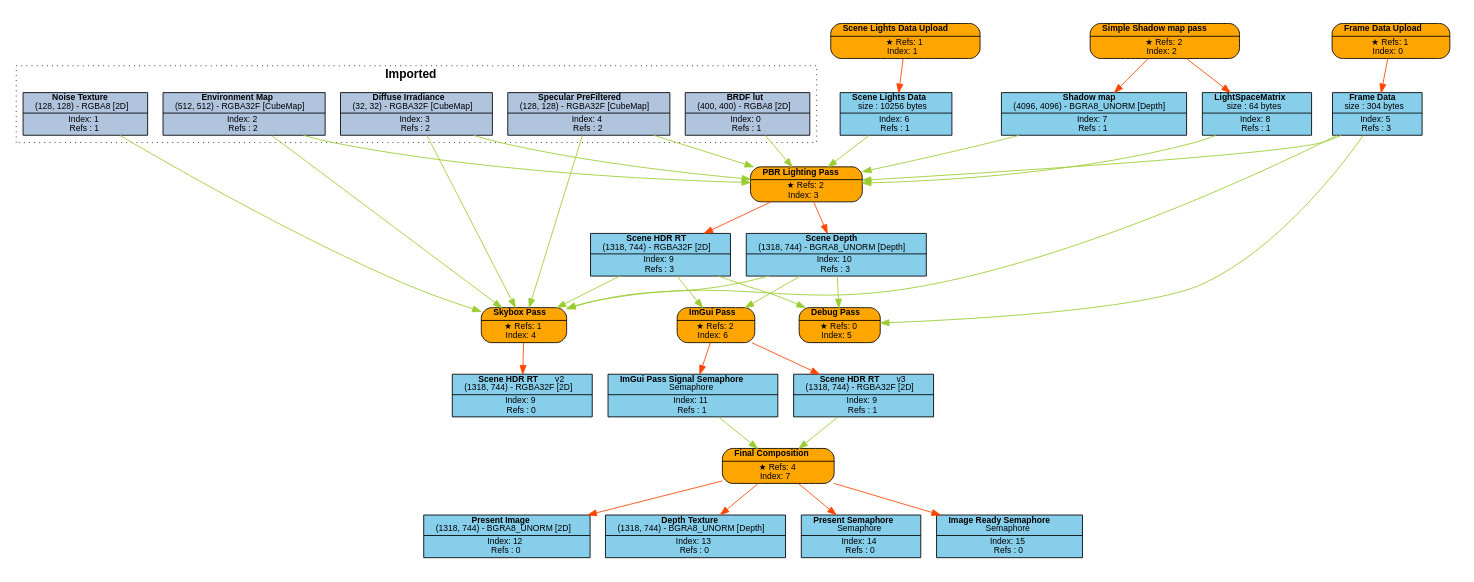
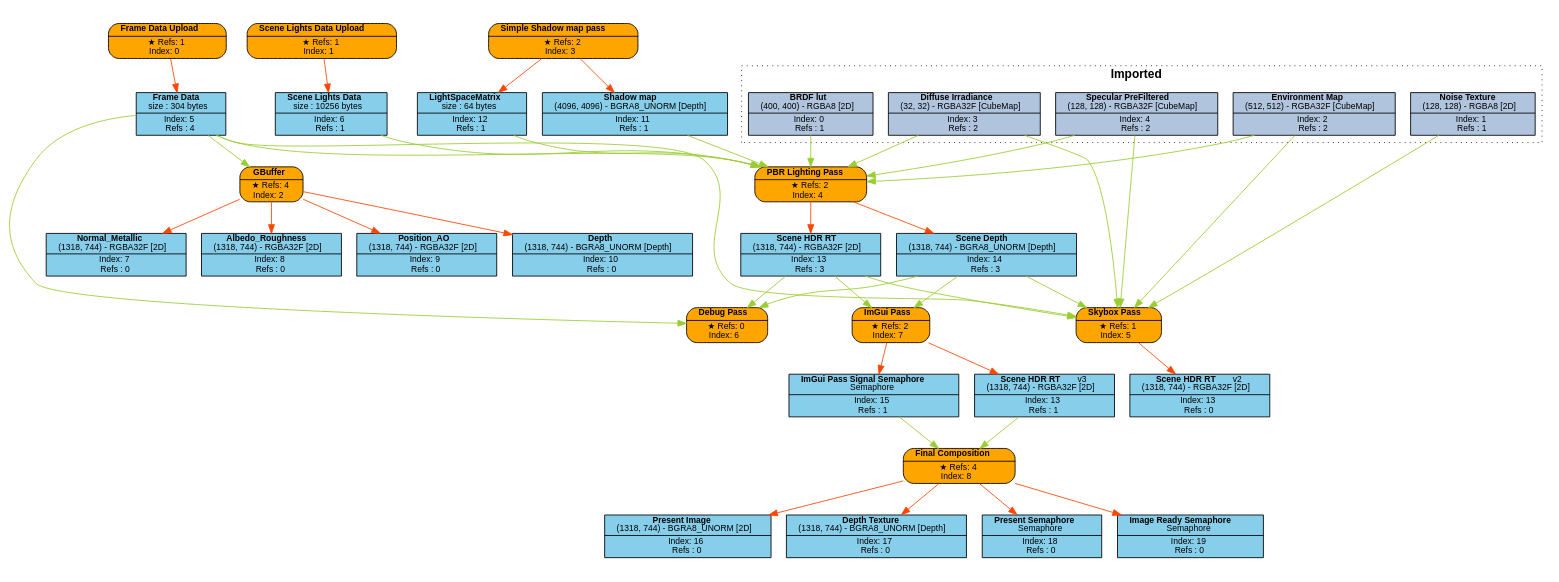
One commit to Pikachuxxxx/Razix changed the diagram in Engine/content/FrameGraphs/pbr_lighting_test.dot. Above: the diagram before and after it, drawn with Graphviz. The commit also changed 131 other files, not shown here.

```diff
--- a/Engine/content/FrameGraphs/pbr_lighting_test.dot
+++ b/Engine/content/FrameGraphs/pbr_lighting_test.dot
@@ -1,91 +1,104 @@
 digraph FrameGraph {
 graph [style=invis, rankdir="TB" ordering=out, splines=spline]
 node [shape=record, fontname="helvetica", fontsize=10, margin="0.2,0.03"]
 
 P0 [label=<{ {<B>Frame Data Upload</B>} | {&#x2605; Refs: 1<BR/> Index: 0} }> style="rounded,filled", fillcolor=orange]
 P1 [label=<{ {<B>Scene Lights Data Upload</B>} | {&#x2605; Refs: 1<BR/> Index: 1} }> style="rounded,filled", fillcolor=orange]
-P2 [label=<{ {<B>Simple Shadow map pass</B>} | {&#x2605; Refs: 2<BR/> Index: 2} }> style="rounded,filled", fillcolor=orange]
-P3 [label=<{ {<B>PBR Lighting Pass</B>} | {&#x2605; Refs: 2<BR/> Index: 3} }> style="rounded,filled", fillcolor=orange]
-P4 [label=<{ {<B>Skybox Pass</B>} | {&#x2605; Refs: 1<BR/> Index: 4} }> style="rounded,filled", fillcolor=orange]
-P5 [label=<{ {<B>Debug Pass</B>} | {&#x2605; Refs: 0<BR/> Index: 5} }> style="rounded,filled", fillcolor=orange]
-P6 [label=<{ {<B>ImGui Pass</B>} | {&#x2605; Refs: 2<BR/> Index: 6} }> style="rounded,filled", fillcolor=orange]
-P7 [label=<{ {<B>Final Composition</B>} | {&#x2605; Refs: 4<BR/> Index: 7} }> style="rounded,filled", fillcolor=orange]
+P2 [label=<{ {<B>GBuffer</B>} | {&#x2605; Refs: 4<BR/> Index: 2} }> style="rounded,filled", fillcolor=orange]
+P3 [label=<{ {<B>Simple Shadow map pass</B>} | {&#x2605; Refs: 2<BR/> Index: 3} }> style="rounded,filled", fillcolor=orange]
+P4 [label=<{ {<B>PBR Lighting Pass</B>} | {&#x2605; Refs: 2<BR/> Index: 4} }> style="rounded,filled", fillcolor=orange]
+P5 [label=<{ {<B>Skybox Pass</B>} | {&#x2605; Refs: 1<BR/> Index: 5} }> style="rounded,filled", fillcolor=orange]
+P6 [label=<{ {<B>Debug Pass</B>} | {&#x2605; Refs: 0<BR/> Index: 6} }> style="rounded,filled", fillcolor=orange]
+P7 [label=<{ {<B>ImGui Pass</B>} | {&#x2605; Refs: 2<BR/> Index: 7} }> style="rounded,filled", fillcolor=orange]
+P8 [label=<{ {<B>Final Composition</B>} | {&#x2605; Refs: 4<BR/> Index: 8} }> style="rounded,filled", fillcolor=orange]
 
 R0_1 [label=<{ {<B>BRDF lut</B><BR/>(400, 400) - RGBA8 [2D]} | {Index: 0<BR/>Refs : 1} }> style=filled, fillcolor=lightsteelblue]
 R1_1 [label=<{ {<B>Noise Texture</B><BR/>(128, 128) - RGBA8 [2D]} | {Index: 1<BR/>Refs : 1} }> style=filled, fillcolor=lightsteelblue]
 R2_1 [label=<{ {<B>Environment Map</B><BR/>(512, 512) - RGBA32F [CubeMap]} | {Index: 2<BR/>Refs : 2} }> style=filled, fillcolor=lightsteelblue]
 R3_1 [label=<{ {<B>Diffuse Irradiance</B><BR/>(32, 32) - RGBA32F [CubeMap]} | {Index: 3<BR/>Refs : 2} }> style=filled, fillcolor=lightsteelblue]
 R4_1 [label=<{ {<B>Specular PreFiltered</B><BR/>(128, 128) - RGBA32F [CubeMap]} | {Index: 4<BR/>Refs : 2} }> style=filled, fillcolor=lightsteelblue]
-R5_1 [label=<{ {<B>Frame Data</B><BR/>size : 304 bytes} | {Index: 5<BR/>Refs : 3} }> style=filled, fillcolor=skyblue]
+R5_1 [label=<{ {<B>Frame Data</B><BR/>size : 304 bytes} | {Index: 5<BR/>Refs : 4} }> style=filled, fillcolor=skyblue]
 R6_1 [label=<{ {<B>Scene Lights Data</B><BR/>size : 10256 bytes} | {Index: 6<BR/>Refs : 1} }> style=filled, fillcolor=skyblue]
-R7_1 [label=<{ {<B>Shadow map</B><BR/>(4096, 4096) - BGRA8_UNORM [Depth]} | {Index: 7<BR/>Refs : 1} }> style=filled, fillcolor=skyblue]
-R8_1 [label=<{ {<B>LightSpaceMatrix</B><BR/>size : 64 bytes} | {Index: 8<BR/>Refs : 1} }> style=filled, fillcolor=skyblue]
-R9_1 [label=<{ {<B>Scene HDR RT</B><BR/>(1318, 744) - RGBA32F [2D]} | {Index: 9<BR/>Refs : 3} }> style=filled, fillcolor=skyblue]
-R10_1 [label=<{ {<B>Scene Depth</B><BR/>(1318, 744) - BGRA8_UNORM [Depth]} | {Index: 10<BR/>Refs : 3} }> style=filled, fillcolor=skyblue]
-R9_2 [label=<{ {<B>Scene HDR RT</B>   <FONT>v2</FONT><BR/>(1318, 744) - RGBA32F [2D]} | {Index: 9<BR/>Refs : 0} }> style=filled, fillcolor=skyblue]
-R11_1 [label=<{ {<B>ImGui Pass Signal Semaphore</B><BR/>Semaphore} | {Index: 11<BR/>Refs : 1} }> style=filled, fillcolor=skyblue]
-R9_3 [label=<{ {<B>Scene HDR RT</B>   <FONT>v3</FONT><BR/>(1318, 744) - RGBA32F [2D]} | {Index: 9<BR/>Refs : 1} }> style=filled, fillcolor=skyblue]
-R12_1 [label=<{ {<B>Present Image</B><BR/>(1318, 744) - BGRA8_UNORM [2D]} | {Index: 12<BR/>Refs : 0} }> style=filled, fillcolor=skyblue]
-R13_1 [label=<{ {<B>Depth Texture</B><BR/>(1318, 744) - BGRA8_UNORM [Depth]} | {Index: 13<BR/>Refs : 0} }> style=filled, fillcolor=skyblue]
-R14_1 [label=<{ {<B>Present Semaphore</B><BR/>Semaphore} | {Index: 14<BR/>Refs : 0} }> style=filled, fillcolor=skyblue]
-R15_1 [label=<{ {<B>Image Ready Semaphore</B><BR/>Semaphore} | {Index: 15<BR/>Refs : 0} }> style=filled, fillcolor=skyblue]
+R7_1 [label=<{ {<B>Normal_Metallic</B><BR/>(1318, 744) - RGBA32F [2D]} | {Index: 7<BR/>Refs : 0} }> style=filled, fillcolor=skyblue]
+R8_1 [label=<{ {<B>Albedo_Roughness</B><BR/>(1318, 744) - RGBA32F [2D]} | {Index: 8<BR/>Refs : 0} }> style=filled, fillcolor=skyblue]
+R9_1 [label=<{ {<B>Position_AO</B><BR/>(1318, 744) - RGBA32F [2D]} | {Index: 9<BR/>Refs : 0} }> style=filled, fillcolor=skyblue]
+R10_1 [label=<{ {<B>Depth</B><BR/>(1318, 744) - BGRA8_UNORM [Depth]} | {Index: 10<BR/>Refs : 0} }> style=filled, fillcolor=skyblue]
+R11_1 [label=<{ {<B>Shadow map</B><BR/>(4096, 4096) - BGRA8_UNORM [Depth]} | {Index: 11<BR/>Refs : 1} }> style=filled, fillcolor=skyblue]
+R12_1 [label=<{ {<B>LightSpaceMatrix</B><BR/>size : 64 bytes} | {Index: 12<BR/>Refs : 1} }> style=filled, fillcolor=skyblue]
+R13_1 [label=<{ {<B>Scene HDR RT</B><BR/>(1318, 744) - RGBA32F [2D]} | {Index: 13<BR/>Refs : 3} }> style=filled, fillcolor=skyblue]
+R14_1 [label=<{ {<B>Scene Depth</B><BR/>(1318, 744) - BGRA8_UNORM [Depth]} | {Index: 14<BR/>Refs : 3} }> style=filled, fillcolor=skyblue]
+R13_2 [label=<{ {<B>Scene HDR RT</B>   <FONT>v2</FONT><BR/>(1318, 744) - RGBA32F [2D]} | {Index: 13<BR/>Refs : 0} }> style=filled, fillcolor=skyblue]
+R15_1 [label=<{ {<B>ImGui Pass Signal Semaphore</B><BR/>Semaphore} | {Index: 15<BR/>Refs : 1} }> style=filled, fillcolor=skyblue]
+R13_3 [label=<{ {<B>Scene HDR RT</B>   <FONT>v3</FONT><BR/>(1318, 744) - RGBA32F [2D]} | {Index: 13<BR/>Refs : 1} }> style=filled, fillcolor=skyblue]
+R16_1 [label=<{ {<B>Present Image</B><BR/>(1318, 744) - BGRA8_UNORM [2D]} | {Index: 16<BR/>Refs : 0} }> style=filled, fillcolor=skyblue]
+R17_1 [label=<{ {<B>Depth Texture</B><BR/>(1318, 744) - BGRA8_UNORM [Depth]} | {Index: 17<BR/>Refs : 0} }> style=filled, fillcolor=skyblue]
+R18_1 [label=<{ {<B>Present Semaphore</B><BR/>Semaphore} | {Index: 18<BR/>Refs : 0} }> style=filled, fillcolor=skyblue]
+R19_1 [label=<{ {<B>Image Ready Semaphore</B><BR/>Semaphore} | {Index: 19<BR/>Refs : 0} }> style=filled, fillcolor=skyblue]
 
 P0 -> { R5_1 } [color=orangered]
 P1 -> { R6_1 } [color=orangered]
-P2 -> { R7_1 R8_1 } [color=orangered]
-P3 -> { R9_1 R10_1 } [color=orangered]
-P4 -> { R9_2 } [color=orangered]
-P5 -> { } [color=orangered]
-P6 -> { R9_3 R11_1 } [color=orangered]
-P7 -> { R12_1 R13_1 R14_1 R15_1 } [color=orangered]
+P2 -> { R7_1 R8_1 R9_1 R10_1 } [color=orangered]
+P3 -> { R11_1 R12_1 } [color=orangered]
+P4 -> { R13_1 R14_1 } [color=orangered]
+P5 -> { R13_2 } [color=orangered]
+P6 -> { } [color=orangered]
+P7 -> { R13_3 R15_1 } [color=orangered]
+P8 -> { R16_1 R17_1 R18_1 R19_1 } [color=orangered]
 
-R0_1 -> { P3 } [color=olivedrab3]
-R1_1 -> { P4 } [color=olivedrab3]
-R2_1 -> { P3 P4 } [color=olivedrab3]
-R3_1 -> { P3 P4 } [color=olivedrab3]
-R4_1 -> { P3 P4 } [color=olivedrab3]
-R5_1 -> { P3 P4 P5 } [color=olivedrab3]
-R6_1 -> { P3 } [color=olivedrab3]
-R7_1 -> { P3 } [color=olivedrab3]
-R8_1 -> { P3 } [color=olivedrab3]
-R9_1 -> { P4 P5 P6 } [color=olivedrab3]
-R10_1 -> { P4 P5 P6 } [color=olivedrab3]
-R9_2 -> { } [color=olivedrab3]
-R11_1 -> { P7 } [color=olivedrab3]
-R9_3 -> { P7 } [color=olivedrab3]
-R12_1 -> { } [color=olivedrab3]
-R13_1 -> { } [color=olivedrab3]
-R14_1 -> { } [color=olivedrab3]
-R15_1 -> { } [color=olivedrab3]
+R0_1 -> { P4 } [color=olivedrab3]
+R1_1 -> { P5 } [color=olivedrab3]
+R2_1 -> { P4 P5 } [color=olivedrab3]
+R3_1 -> { P4 P5 } [color=olivedrab3]
+R4_1 -> { P4 P5 } [color=olivedrab3]
+R5_1 -> { P2 P4 P5 P6 } [color=olivedrab3]
+R6_1 -> { P4 } [color=olivedrab3]
+R7_1 -> { } [color=olivedrab3]
+R8_1 -> { } [color=olivedrab3]
+R9_1 -> { } [color=olivedrab3]
+R10_1 -> { } [color=olivedrab3]
+R11_1 -> { P4 } [color=olivedrab3]
+R12_1 -> { P4 } [color=olivedrab3]
+R13_1 -> { P5 P6 P7 } [color=olivedrab3]
+R14_1 -> { P5 P6 P7 } [color=olivedrab3]
+R13_2 -> { } [color=olivedrab3]
+R15_1 -> { P8 } [color=olivedrab3]
+R13_3 -> { P8 } [color=olivedrab3]
+R16_1 -> { } [color=olivedrab3]
+R17_1 -> { } [color=olivedrab3]
+R18_1 -> { } [color=olivedrab3]
+R19_1 -> { } [color=olivedrab3]
 
 subgraph cluster_0 {
 P0 R5_1 
 }
 subgraph cluster_1 {
 P1 R6_1 
 }
 subgraph cluster_2 {
-P2 R7_1 R8_1 
+P2 R7_1 R8_1 R9_1 R10_1 
 }
 subgraph cluster_3 {
-P3 R9_1 R10_1 
+P3 R11_1 R12_1 
 }
 subgraph cluster_4 {
-P4 
+P4 R13_1 R14_1 
 }
 subgraph cluster_5 {
 P5 
 }
 subgraph cluster_6 {
-P6 R11_1 
+P6 
 }
 subgraph cluster_7 {
-P7 R12_1 R13_1 R14_1 R15_1 
+P7 R15_1 
+}
+subgraph cluster_8 {
+P8 R16_1 R17_1 R18_1 R19_1 
 }
 
 subgraph cluster_imported_resources {
 graph [style=dotted, fontname="helvetica", label=< <B>Imported</B> >]
 R0_1 R1_1 R2_1 R3_1 R4_1 
 }
 
 }
```
